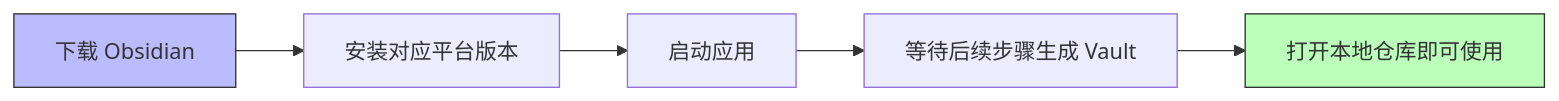
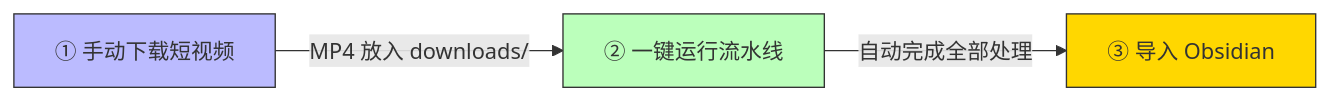
One commit to aijoey298/weixin-favor-kb changed the first of 14 diagrams in blog.md. Above: the diagram before and after it, drawn with Mermaid. The commit also changed other lines of this file, not shown here.

First line of the commit message:
Rewrite blog: restructure into 快速开始/使用效果/代码详解 with 14 Mermaid diagrams

````diff
--- a/blog.md
+++ b/blog.md
@@ -44,10 +13,9 @@
 ```mermaid
 flowchart LR
-    A[下载 Obsidian] --> B[安装对应平台版本]
-    B --> C[启动应用]
-    C --> D[等待后续步骤生成 Vault]
-    D --> E[打开本地仓库即可使用]
+    A["① 手动下载短视频"] -->|"MP4 放入 downloads/"| B["② 一键运行流水线"]
+    B -->|"自动完成全部处理"| C["③ 导入 Obsidian"]
 
     style A fill:#bbf,stroke:#333
-    style E fill:#bfb,stroke:#333
+    style B fill:#bfb,stroke:#333
+    style C fill:#ffd700,stroke:#333
 ```
````
